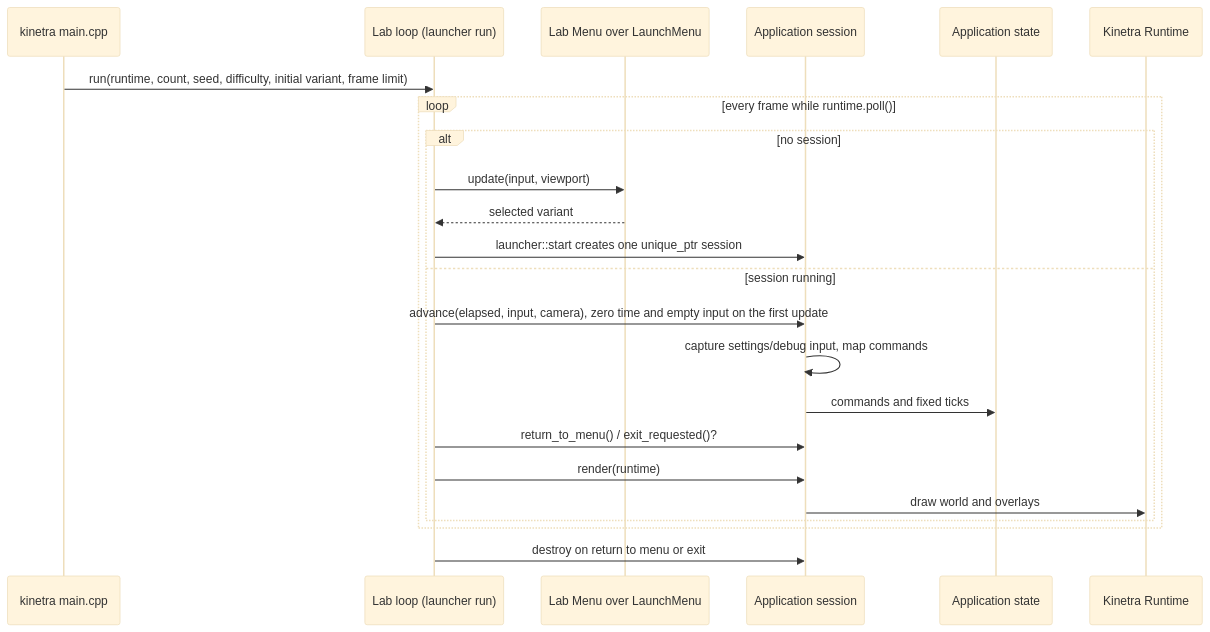
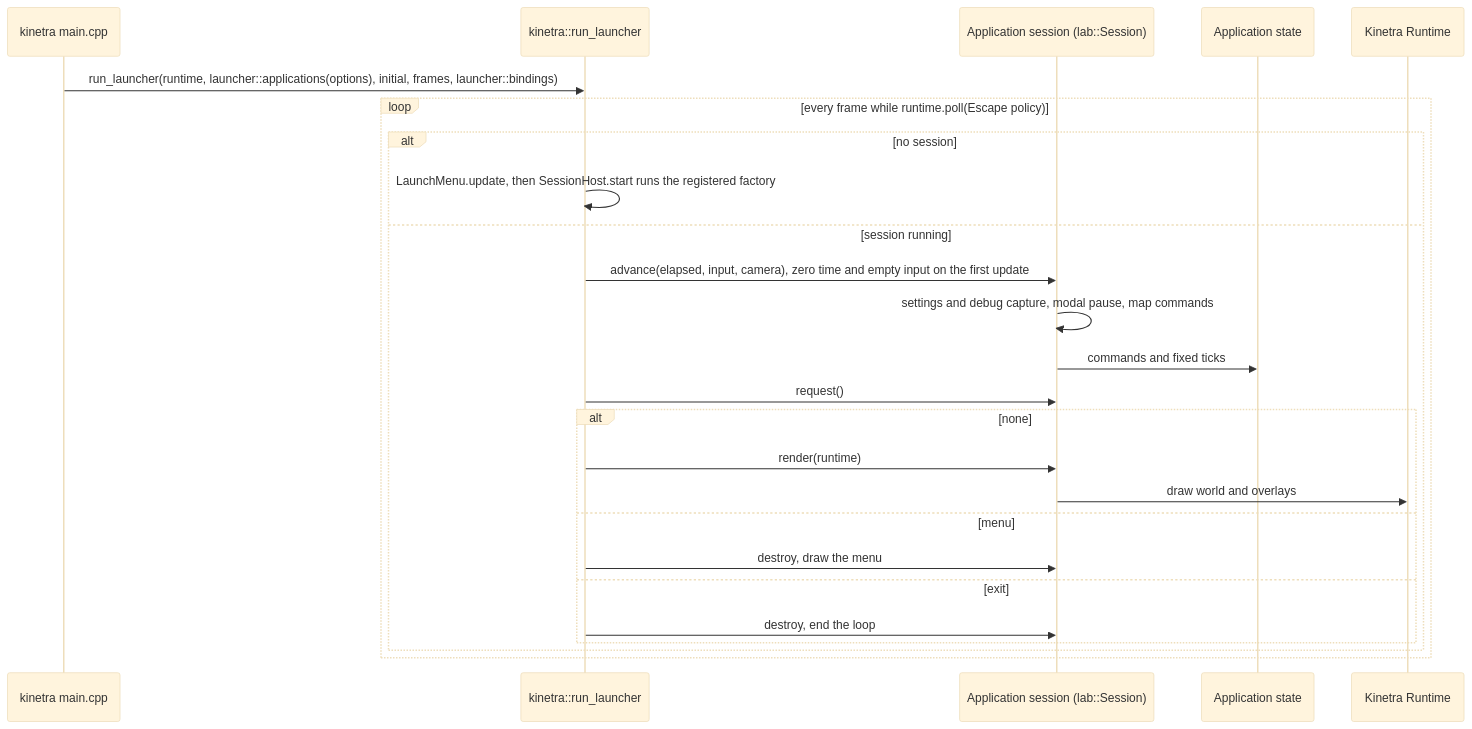
The second of 2 diagrams in docs/architecture.md (SMB-M87/Kinetra-Lab), drawn with Mermaid (base theme) before and after one commit. The commit also changed other lines of this file and 6 other files, not shown here.

First line of the commit message:
docs(launcher): describe the composition on run_launcher and shared Lab policy

````diff
--- a/docs/architecture.md
+++ b/docs/architecture.md
@@ -44,25 +48,27 @@
 ```mermaid
 sequenceDiagram
     participant Main as kinetra main.cpp
-    participant Host as Lab loop (launcher run)
-    participant Menu as Lab Menu over LaunchMenu
-    participant Session as Application session
+    participant Host as kinetra::run_launcher
+    participant Session as Application session (lab::Session)
     participant App as Application state
     participant Runtime as Kinetra Runtime
-    Main->>Host: run(runtime, count, seed, difficulty, initial variant, frame limit)
-    loop every frame while runtime.poll()
+    Main->>Host: run_launcher(runtime, launcher::applications(options), initial, frames, launcher::bindings)
+    loop every frame while runtime.poll(Escape policy)
         alt no session
-            Host->>Menu: update(input, viewport)
-            Menu-->>Host: selected variant
-            Host->>Session: launcher::start creates one unique_ptr session
+            Host->>Host: LaunchMenu.update, then SessionHost.start runs the registered factory
         else session running
             Host->>Session: advance(elapsed, input, camera), zero time and empty input on the first update
-            Session->>Session: capture settings/debug input, map commands
+            Session->>Session: settings and debug capture, modal pause, map commands
             Session->>App: commands and fixed ticks
-            Host->>Session: return_to_menu() / exit_requested()?
-            Host->>Session: render(runtime)
-            Session->>Runtime: draw world and overlays
+            Host->>Session: request()
+            alt none
+                Host->>Session: render(runtime)
+                Session->>Runtime: draw world and overlays
+            else menu
+                Host->>Session: destroy, draw the menu
+            else exit
+                Host->>Session: destroy, end the loop
+            end
         end
     end
-    Host->>Session: destroy on return to menu or exit
 ```
````
